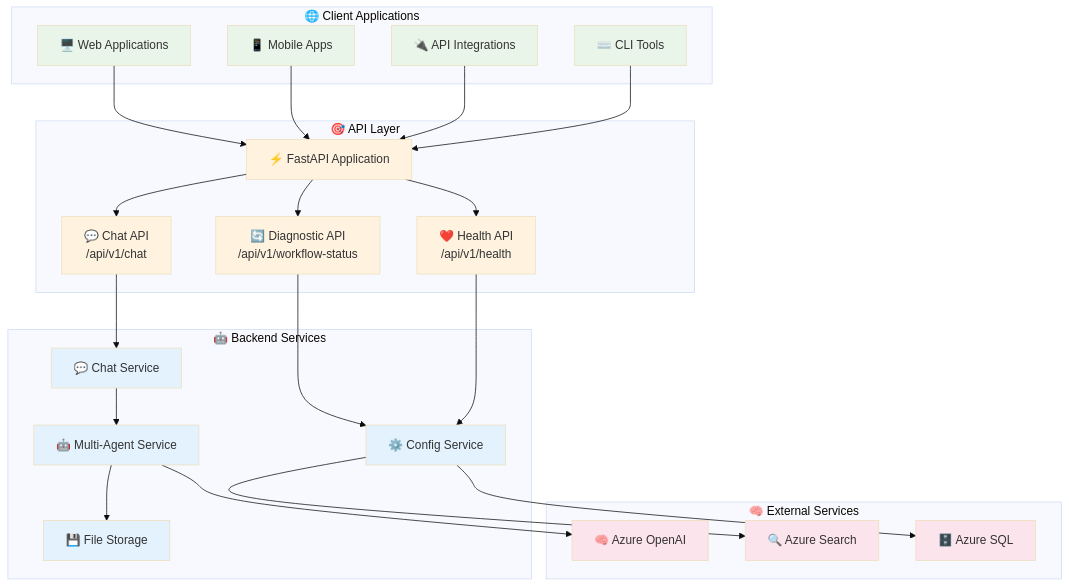
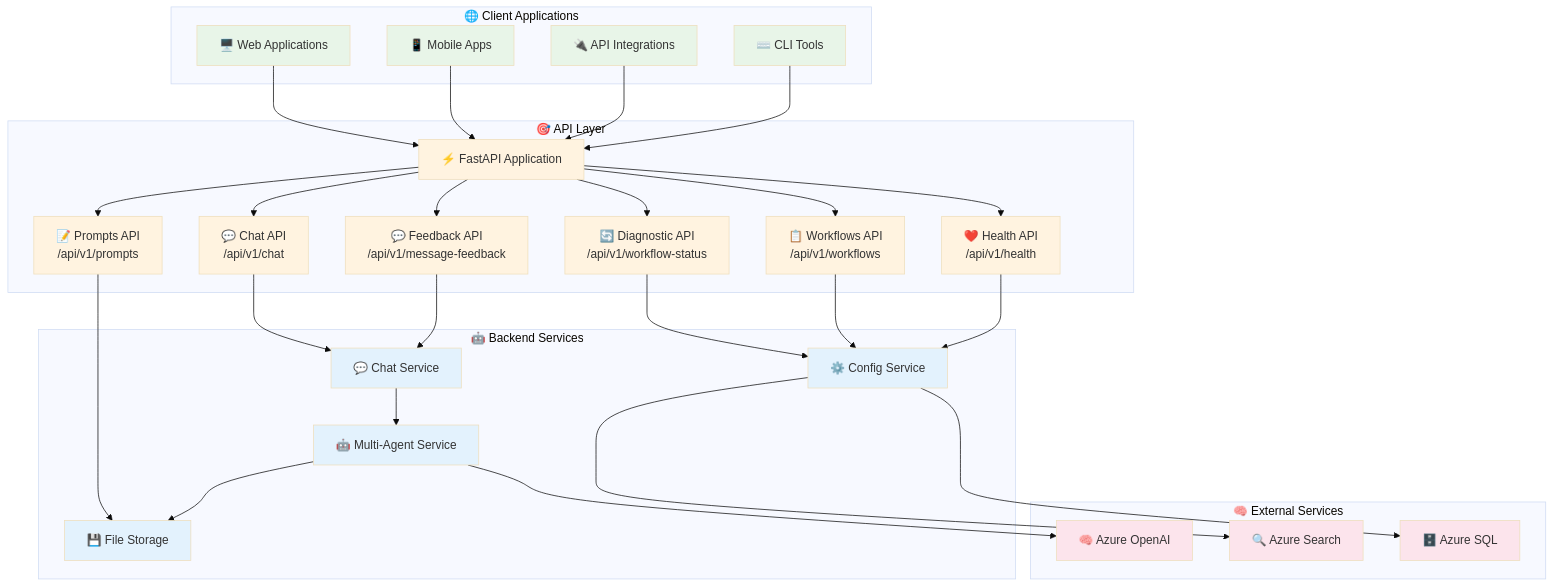
One commit to the-ingenious-dark-knight/Insight_Ingenious changed the first of 6 diagrams in docs/api/README.md. Above: the diagram before and after it, drawn with Mermaid (base theme). The commit also changed other lines of this file and 3 other files, not shown here.

Commit message:
fix: Update API documentation to include new workflows and agents for classification and education

````diff
--- a/docs/api/README.md
+++ b/docs/api/README.md
@@ -18,59 +18,68 @@
 ```mermaid
 graph TB
     subgraph "🌐 Client Applications"
         WEB_CLIENT[🖥️ Web Applications]
         MOBILE_CLIENT[📱 Mobile Apps]
         API_CLIENT[🔌 API Integrations]
         CLI_CLIENT[⌨️ CLI Tools]
     end
 
     subgraph "🎯 API Layer"
         FASTAPI[⚡ FastAPI Application]
         CHAT_API[💬 Chat API<br/>/api/v1/chat]
         DIAGNOSTIC_API[🔄 Diagnostic API<br/>/api/v1/workflow-status]
+        WORKFLOWS_API[📋 Workflows API<br/>/api/v1/workflows]
         HEALTH_API[❤️ Health API<br/>/api/v1/health]
+        PROMPTS_API[📝 Prompts API<br/>/api/v1/prompts]
+        FEEDBACK_API[💬 Feedback API<br/>/api/v1/message-feedback]
     end
 
     subgraph "🤖 Backend Services"
         CHAT_SERVICE[💬 Chat Service]
         MULTI_AGENT_SERVICE[🤖 Multi-Agent Service]
         CONFIG_SERVICE[⚙️ Config Service]
         FILE_STORAGE[💾 File Storage]
     end
 
     subgraph "🧠 External Services"
         AZURE_OPENAI[🧠 Azure OpenAI]
         AZURE_SEARCH[🔍 Azure Search]
         AZURE_SQL[🗄️ Azure SQL]
     end
 
     WEB_CLIENT --> FASTAPI
     MOBILE_CLIENT --> FASTAPI
     API_CLIENT --> FASTAPI
     CLI_CLIENT --> FASTAPI
 
     FASTAPI --> CHAT_API
     FASTAPI --> DIAGNOSTIC_API
+    FASTAPI --> WORKFLOWS_API
     FASTAPI --> HEALTH_API
+    FASTAPI --> PROMPTS_API
+    FASTAPI --> FEEDBACK_API
 
     CHAT_API --> CHAT_SERVICE
     DIAGNOSTIC_API --> CONFIG_SERVICE
+    WORKFLOWS_API --> CONFIG_SERVICE
     HEALTH_API --> CONFIG_SERVICE
+    PROMPTS_API --> FILE_STORAGE
+    FEEDBACK_API --> CHAT_SERVICE
 
     CHAT_SERVICE --> MULTI_AGENT_SERVICE
     MULTI_AGENT_SERVICE --> FILE_STORAGE
     MULTI_AGENT_SERVICE --> AZURE_OPENAI
 
     CONFIG_SERVICE --> AZURE_SEARCH
     CONFIG_SERVICE --> AZURE_SQL
 
     classDef client fill:#e8f5e8
     classDef api fill:#fff3e0
     classDef service fill:#e3f2fd
     classDef external fill:#fce4ec
 
     class WEB_CLIENT,MOBILE_CLIENT,API_CLIENT,CLI_CLIENT client
-    class FASTAPI,CHAT_API,DIAGNOSTIC_API,HEALTH_API api
+    class FASTAPI,CHAT_API,DIAGNOSTIC_API,WORKFLOWS_API,HEALTH_API,PROMPTS_API,FEEDBACK_API api
     class CHAT_SERVICE,MULTI_AGENT_SERVICE,CONFIG_SERVICE,FILE_STORAGE service
     class AZURE_OPENAI,AZURE_SEARCH,AZURE_SQL external
 ```
````
